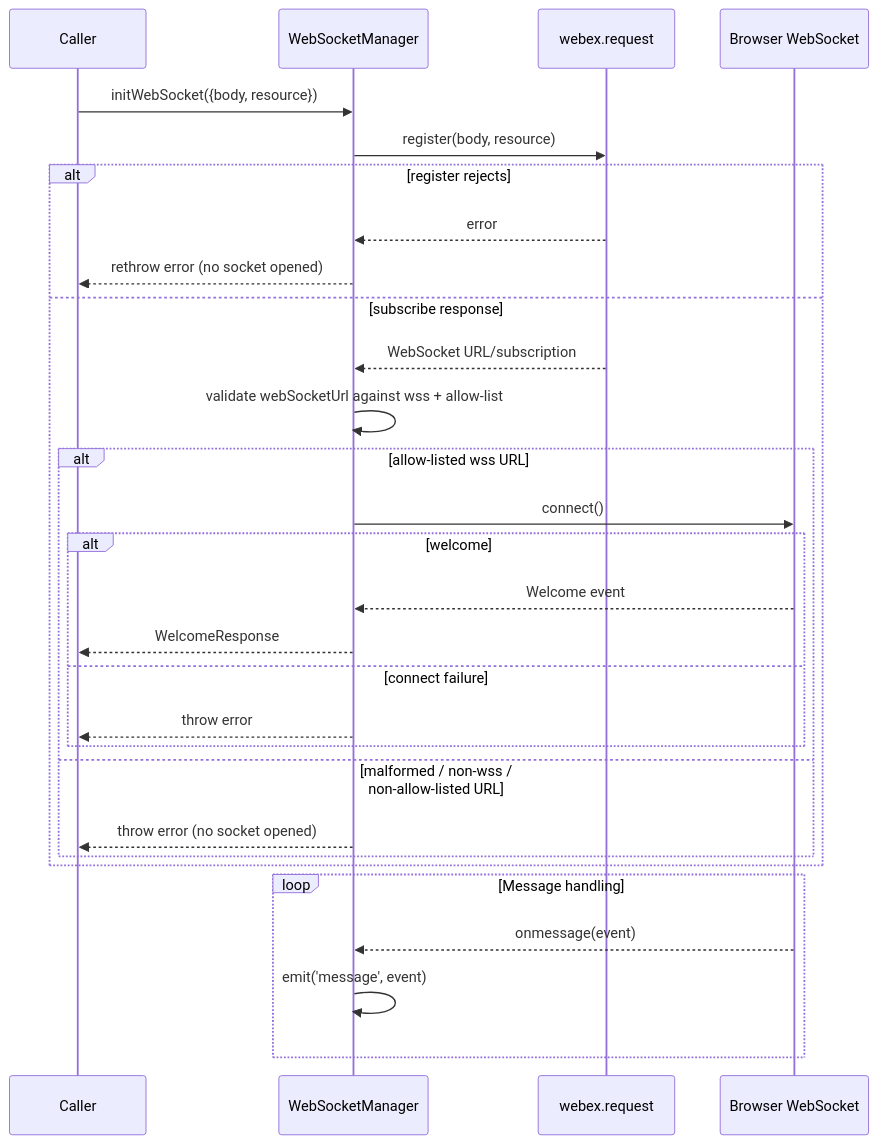
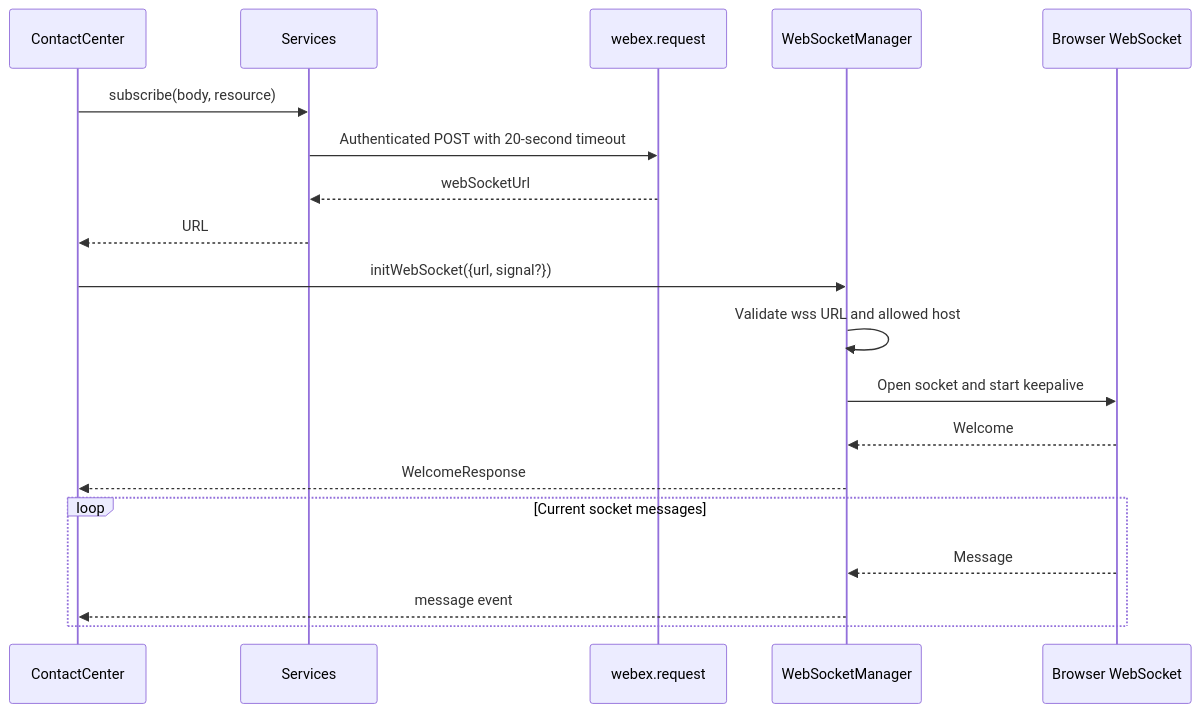
Before and after one commit to webex/webex-js-sdk: the second of 7 diagrams in packages/@webex/contact-center/src/services/core/docs/README.md, drawn with Mermaid. The commit also changed other lines of this file and 14 other files, not shown here.

Commit message:
refactor(contact-center): keep regional policy above socket transport

````diff
--- a/packages/@webex/contact-center/src/services/core/docs/README.md
+++ b/packages/@webex/contact-center/src/services/core/docs/README.md
@@ -367,31 +366,21 @@
 ```mermaid
 sequenceDiagram
-  participant Caller
+  participant CC as ContactCenter
+  participant Services
+  participant Host as webex.request
   participant WSM as WebSocketManager
-  participant Host as webex.request
   participant WS as Browser WebSocket
-  Caller->>WSM: initWebSocket({body, resource})
-  WSM->>Host: register(body, resource)
-  alt register rejects
-    Host-->>WSM: error
-    WSM-->>Caller: rethrow error (no socket opened)
-  else subscribe response
-    Host-->>WSM: WebSocket URL/subscription
-    WSM->>WSM: validate webSocketUrl against wss + allow-list
-    alt allow-listed wss URL
-      WSM->>WS: connect()
-      alt welcome
-        WS-->>WSM: Welcome event
-        WSM-->>Caller: WelcomeResponse
-      else connect failure
-        WSM-->>Caller: throw error
-      end
-    else malformed / non-wss / non-allow-listed URL
-      WSM-->>Caller: throw error (no socket opened)
-    end
-  end
-  loop Message handling
-    WS-->>WSM: onmessage(event)
-    WSM->>WSM: emit('message', event)
+  CC->>Services: subscribe(body, resource)
+  Services->>Host: Authenticated POST with 20-second timeout
+  Host-->>Services: webSocketUrl
+  Services-->>CC: URL
+  CC->>WSM: initWebSocket({url, signal?})
+  WSM->>WSM: Validate wss URL and allowed host
+  WSM->>WS: Open socket and start keepalive
+  WS-->>WSM: Welcome
+  WSM-->>CC: WelcomeResponse
+  loop Current socket messages
+    WS-->>WSM: Message
+    WSM-->>CC: message event
   end
 ```
````
